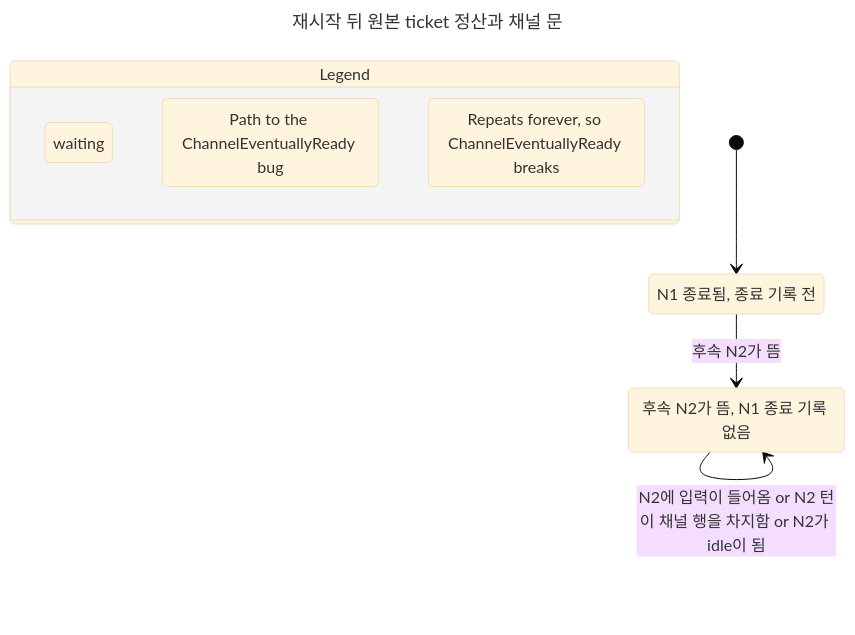
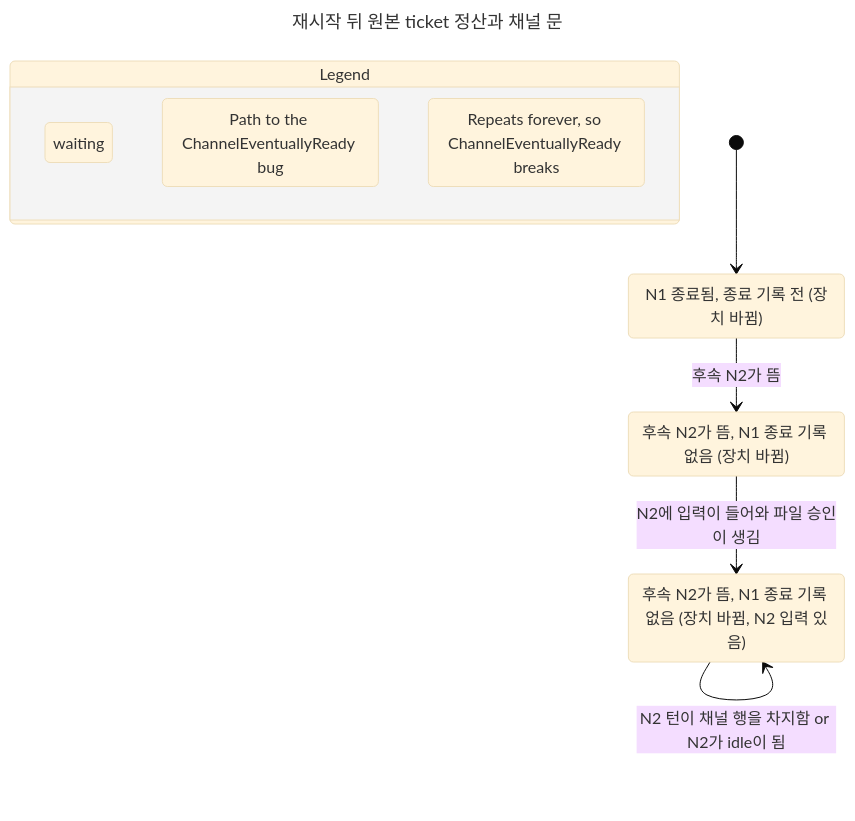
One commit to itismyfield/AgentDesk changed the diagram in docs/statecharts/tui-o-writer/hook-transcript-custody-killed-before.chart.mmd. Above: the diagram before and after it, drawn with Mermaid (base theme). The commit also changed 72 other files, not shown here.

```diff
--- a/docs/statecharts/tui-o-writer/hook-transcript-custody-killed-before.chart.mmd
+++ b/docs/statecharts/tui-o-writer/hook-transcript-custody-killed-before.chart.mmd
@@ -1,22 +1,26 @@
 ---
 title: "재시작 뒤 원본 ticket 정산과 채널 문"
 ---
 stateDiagram-v2
   state "Legend" as legend {
     lg0: waiting
     lg1: Path to the ChannelEventuallyReady bug
     lg2: Repeats forever, so ChannelEventuallyReady breaks
   }
   class lg0 yellow
   class lg1 bugPath
   class lg2 repeats
-  s0: N1 종료됨, 종료 기록 전
-  s1: 후속 N2가 뜸, N1 종료 기록 없음
+  s0: N1 종료됨, 종료 기록 전 (장치 바뀜)
+  s1: 후속 N2가 뜸, N1 종료 기록 없음 (장치 바뀜)
+  s2: 후속 N2가 뜸, N1 종료 기록 없음 (장치 바뀜, N2 입력 있음)
   [*] --> s0
   s0 --> s1: 후속 N2가 뜸
-  s1 --> s1: N2에 입력이 들어옴 or N2 턴이 채널 행을 차지함 or N2가 idle이 됨
+  s1 --> s2: N2에 입력이 들어와 파일 승인이 생김
+  s2 --> s2: N2 턴이 채널 행을 차지함 or N2가 idle이 됨
   class s0 yellow
   class s0 bugPath
   class s1 yellow
   class s1 bugPath
-  class s1 repeats
+  class s2 yellow
+  class s2 bugPath
+  class s2 repeats
```
